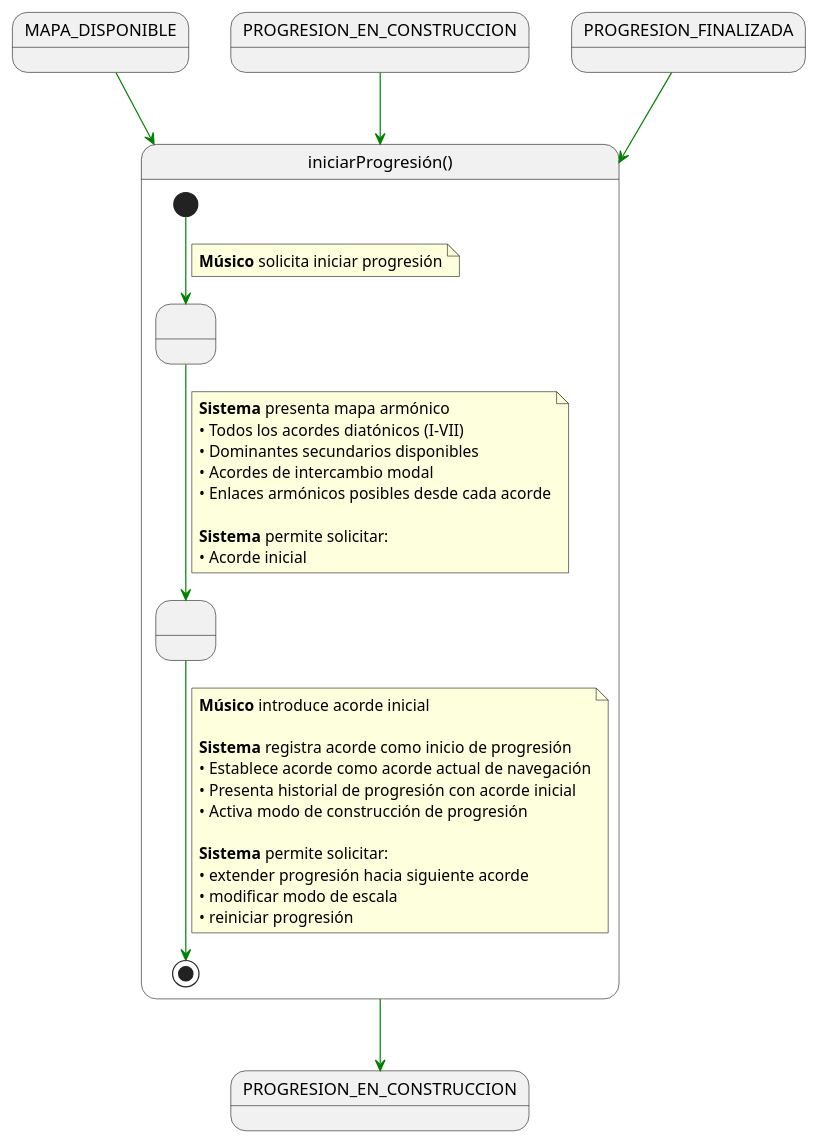
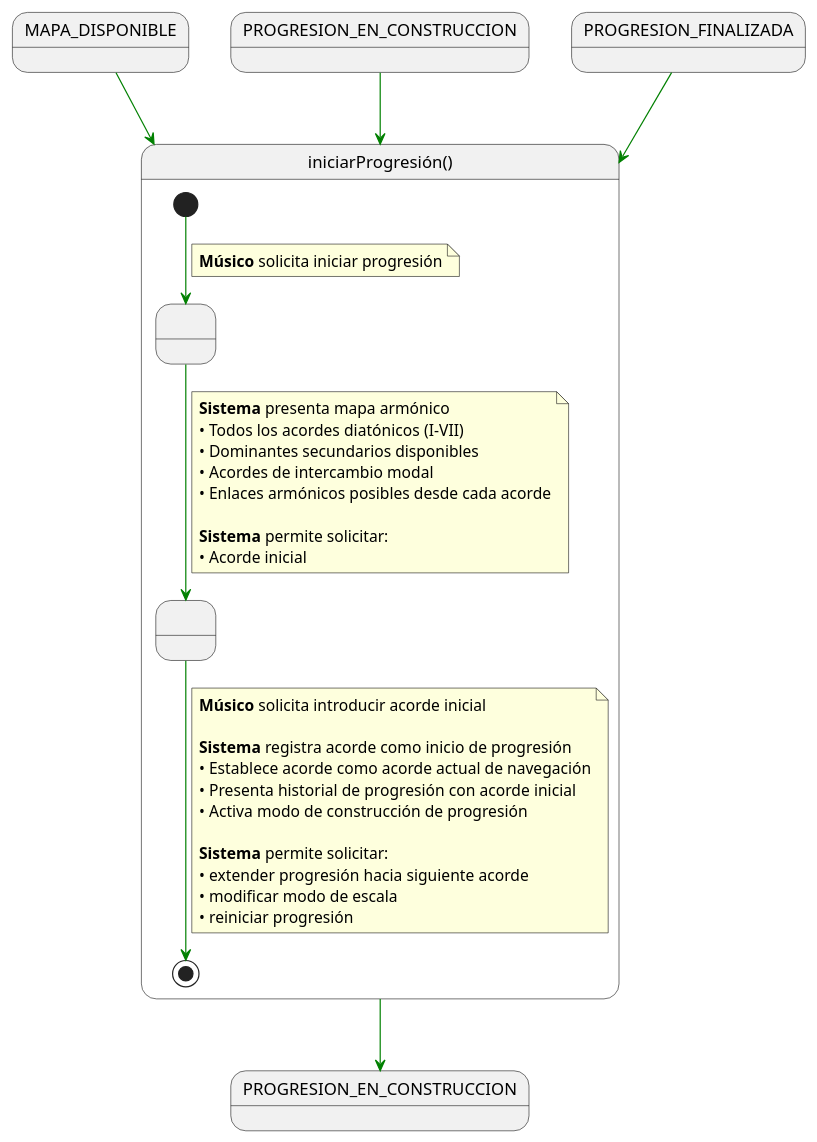
One commit to mmasias/mmasias changed the diagram in music/cQuintas/RUP/00-casos-uso/01-actores-casos-uso/00-detalle/iniciarProgresion/especificacion.puml. Above: the diagram before and after it, drawn with PlantUML. The commit also changed 1 other file, not shown here.

```diff
--- a/music/cQuintas/RUP/00-casos-uso/01-actores-casos-uso/00-detalle/iniciarProgresion/especificacion.puml
+++ b/music/cQuintas/RUP/00-casos-uso/01-actores-casos-uso/00-detalle/iniciarProgresion/especificacion.puml
@@ -1,52 +1,52 @@
 @startuml iniciarProgresion
 
 skinparam linetype polyline
 
 
 MAPA_DISPONIBLE -[#green]-> iniciarProgresion
 state PROGRESION_EN_CONSTRUCCION_2 as "PROGRESION_EN_CONSTRUCCION"
 PROGRESION_EN_CONSTRUCCION_2 -[#green]-> iniciarProgresion
 PROGRESION_FINALIZADA -[#green]-> iniciarProgresion
 
 state iniciarProgresion as "iniciarProgresión()" {
 
     state " " as SeleccionandoAcorde
     state " " as ProgresionIniciada
 
     [*] -[#green]-> SeleccionandoAcorde
     note on link
     <b>Músico</b> solicita iniciar progresión
     end note
 
     SeleccionandoAcorde -[#green]-> ProgresionIniciada
     note on link
     <b>Sistema</b> presenta mapa armónico
     • Todos los acordes diatónicos (I-VII)
     • Dominantes secundarios disponibles
     • Acordes de intercambio modal
     • Enlaces armónicos posibles desde cada acorde
 
     <b>Sistema</b> permite solicitar:
     • Acorde inicial
     end note
 
     ProgresionIniciada -[#green]-> [*]
     note on link
-    <b>Músico</b> introduce acorde inicial
+    <b>Músico</b> solicita introducir acorde inicial
 
     <b>Sistema</b> registra acorde como inicio de progresión
     • Establece acorde como acorde actual de navegación
     • Presenta historial de progresión con acorde inicial
     • Activa modo de construcción de progresión
 
     <b>Sistema</b> permite solicitar:
     • extender progresión hacia siguiente acorde
     • modificar modo de escala
     • reiniciar progresión
     end note
 
 }
 
 iniciarProgresion -[#green]-> PROGRESION_EN_CONSTRUCCION
 
 @enduml
```
